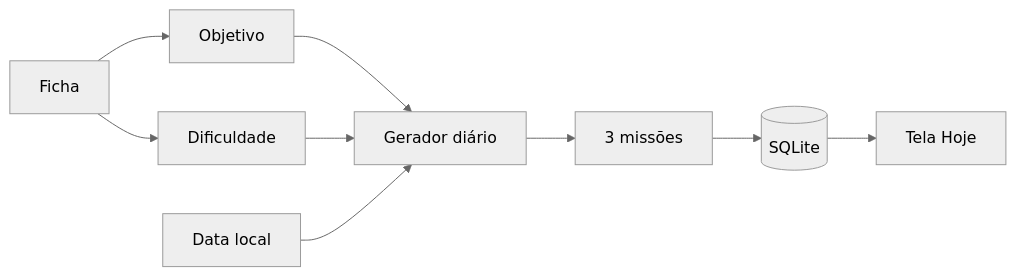
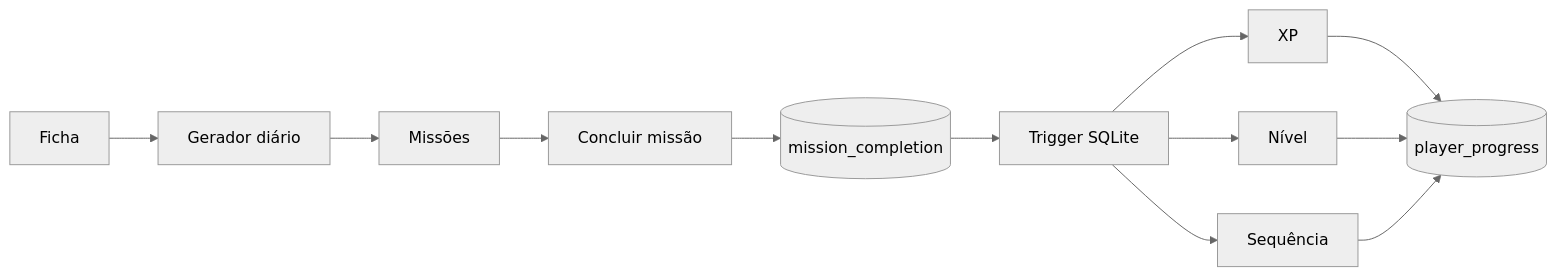
Before and after one commit to tombemol/I.C.A.R.O: the first of 2 diagrams in README.md, drawn with Mermaid (neutral theme). The commit also changed other lines of this file and 15 other files, not shown here.

````diff
--- a/README.md
+++ b/README.md
@@ -28,11 +29,14 @@
 ```mermaid
 flowchart LR
-  A[Ficha] --> B[Objetivo]
-  A --> C[Dificuldade]
-  B --> D[Gerador diário]
-  C --> D
-  E[Data local] --> D
-  D --> F[3 missões]
-  F --> G[(SQLite)]
-  G --> H[Tela Hoje]
+  A[Ficha] --> B[Gerador diário]
+  B --> C[Missões]
+  C --> D[Concluir missão]
+  D --> E[(mission_completion)]
+  E --> F[Trigger SQLite]
+  F --> G[XP]
+  F --> H[Nível]
+  F --> I[Sequência]
+  G --> J[(player_progress)]
+  H --> J
+  I --> J
 ```
````
